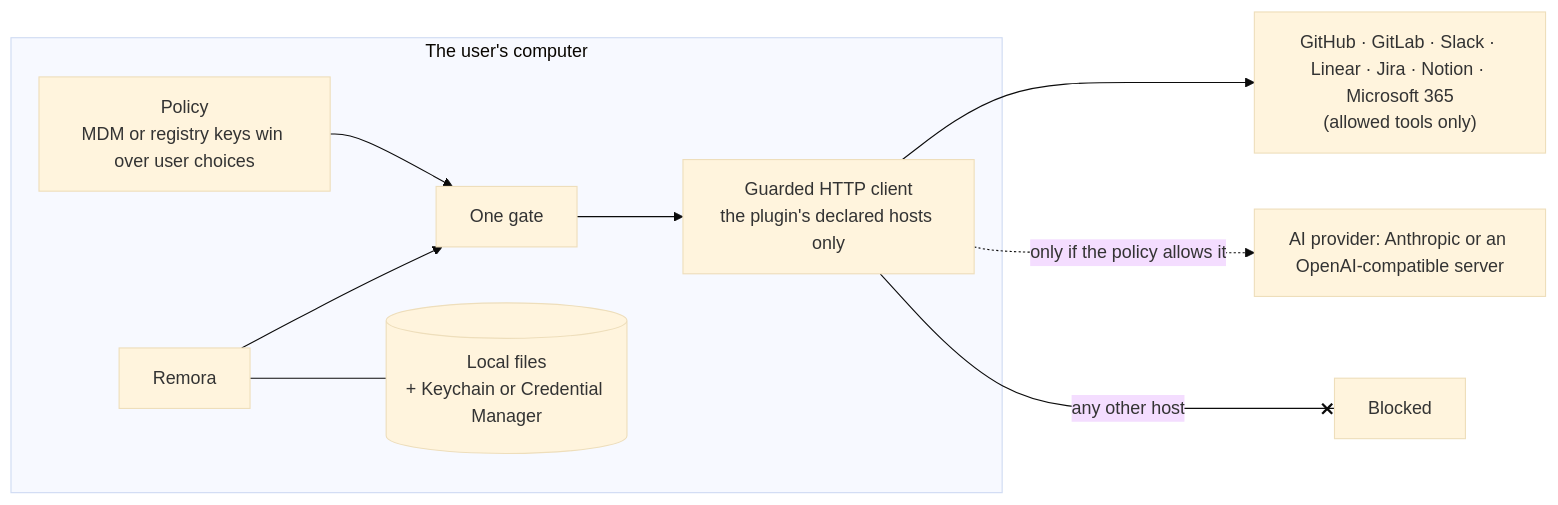
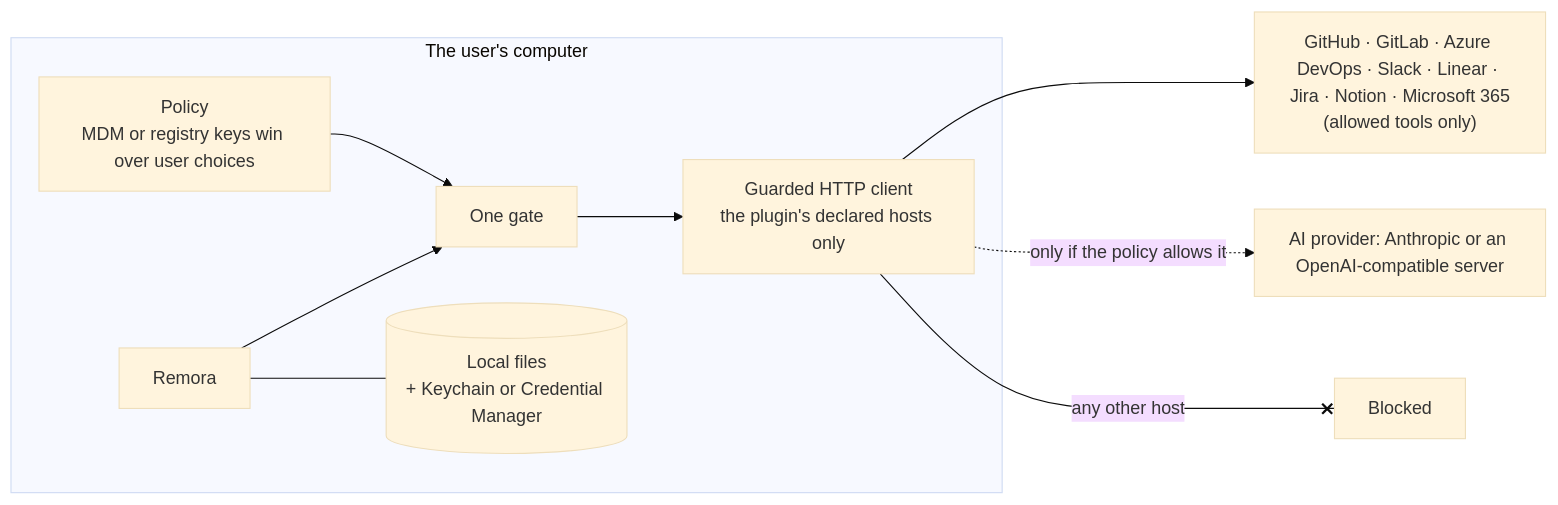
Before and after one commit to iGitScor/triage: the diagram in docs/admin/index.md, drawn with Mermaid (base theme). The commit also changed 47 other files, not shown here.

First line of the commit message:
feat: Azure DevOps pull requests and work items (IDEA-04)

````diff
--- a/docs/admin/index.md
+++ b/docs/admin/index.md
@@ -27,13 +27,13 @@
 ```mermaid
 flowchart LR
   subgraph Computer["The user's computer"]
     UI["Remora"] --> Gate["One gate"]
     Policy["Policy<br/>MDM or registry keys win over user choices"] --> Gate
     Gate --> Client["Guarded HTTP client<br/>the plugin's declared hosts only"]
     Store[("Local files<br/>+ Keychain or Credential Manager")]
     UI --- Store
   end
-  Client --> Tools["GitHub · GitLab · Slack · Linear · Jira · Notion · Microsoft 365<br/>(allowed tools only)"]
+  Client --> Tools["GitHub · GitLab · Azure DevOps · Slack · Linear · Jira · Notion · Microsoft 365<br/>(allowed tools only)"]
   Client -. "only if the policy allows it" .-> Claude["AI provider: Anthropic or an OpenAI-compatible server"]
   Client -- "any other host" --x Blocked["Blocked"]
 ```
````
